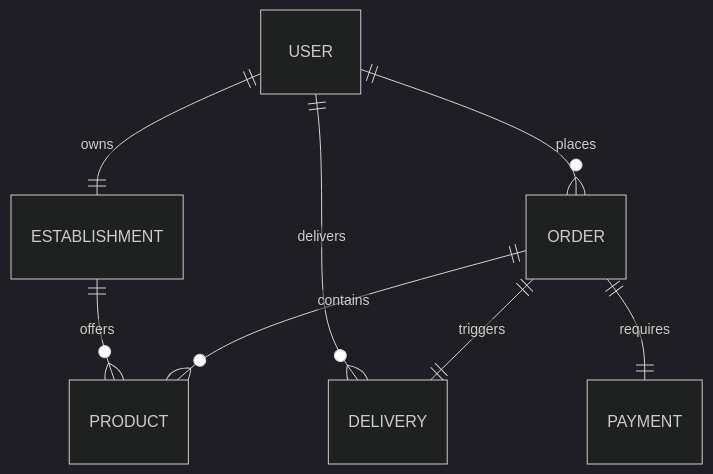
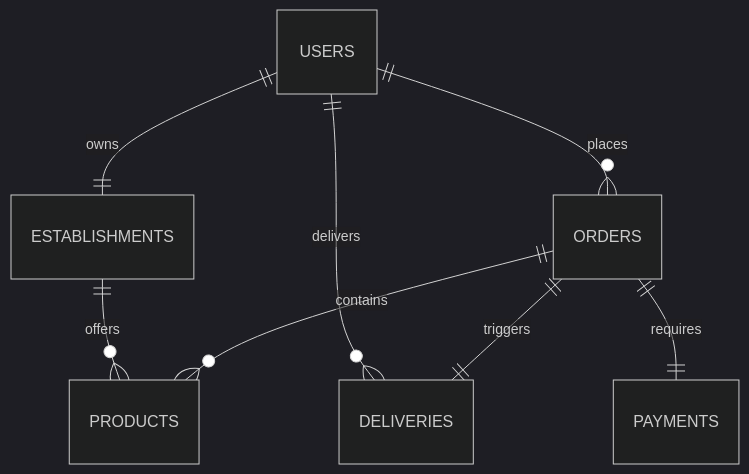
One commit to DessimA/delivery_system changed the second of 2 diagrams in docs/en/ARCHITECTURE.md. Above: the diagram before and after it, drawn with Mermaid (dark theme). The commit also changed other lines of this file and 92 other files, not shown here.

````diff
--- a/docs/en/ARCHITECTURE.md
+++ b/docs/en/ARCHITECTURE.md
@@ -36,10 +59,10 @@
 ```mermaid
 erDiagram
-    USER ||--|| ESTABLISHMENT : owns
-    USER ||--o{ ORDER : places
-    USER ||--o{ DELIVERY : delivers
-    ESTABLISHMENT ||--o{ PRODUCT : offers
-    ORDER ||--o{ PRODUCT : contains
-    ORDER ||--|| DELIVERY : triggers
-    ORDER ||--|| PAYMENT : requires
+    USERS ||--|| ESTABLISHMENTS : owns
+    USERS ||--o{ ORDERS : places
+    USERS ||--o{ DELIVERIES : delivers
+    ESTABLISHMENTS ||--o{ PRODUCTS : offers
+    ORDERS ||--o{ PRODUCTS : contains
+    ORDERS ||--|| DELIVERIES : triggers
+    ORDERS ||--|| PAYMENTS : requires
 ```
````
